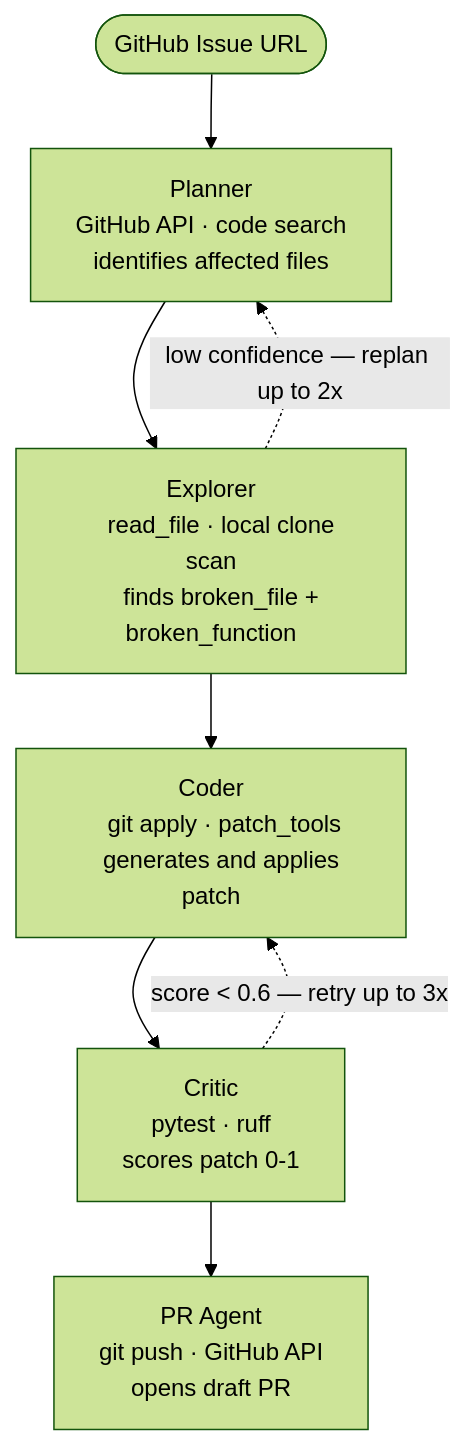
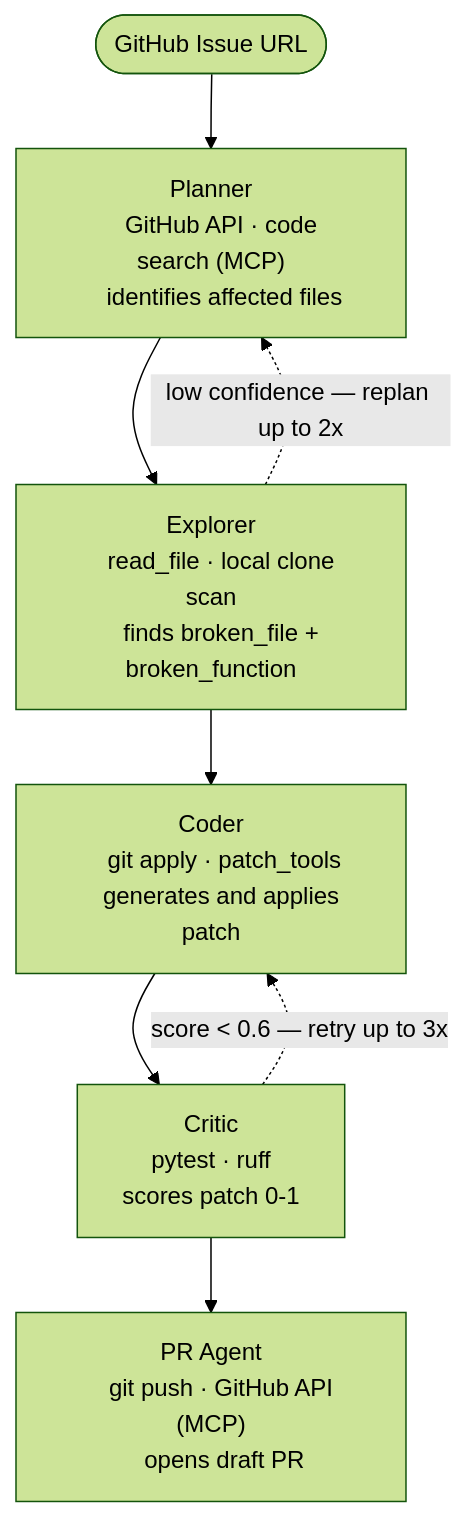
The diagram in README.md (VinaySampath14/agentic-code-repair), drawn with Mermaid (forest theme) before and after one commit. The commit also changed other lines of this file, not shown here.

Commit message:
update readme: add mcp integration section, three setup options, updated stack

````diff
--- a/README.md
+++ b/README.md
@@ -32,34 +31,34 @@
 ```mermaid
 flowchart TD
     Issue([GitHub Issue URL])
 
     Issue --> Planner
 
     Planner["Planner
-    GitHub API · code search
+    GitHub API · code search (MCP)
     identifies affected files"]
 
     Explorer["Explorer
     read_file · local clone scan
     finds broken_file + broken_function"]
 
     Coder["Coder
     git apply · patch_tools
     generates and applies patch"]
 
     Critic["Critic
     pytest · ruff
     scores patch 0-1"]
 
     PR["PR Agent
-    git push · GitHub API
+    git push · GitHub API (MCP)
     opens draft PR"]
 
     Planner --> Explorer
     Explorer --> Coder
     Coder --> Critic
     Critic --> PR
 
     Explorer -. "low confidence — replan up to 2x" .-> Planner
     Critic -. "score < 0.6 — retry up to 3x" .-> Coder
 ```
````
